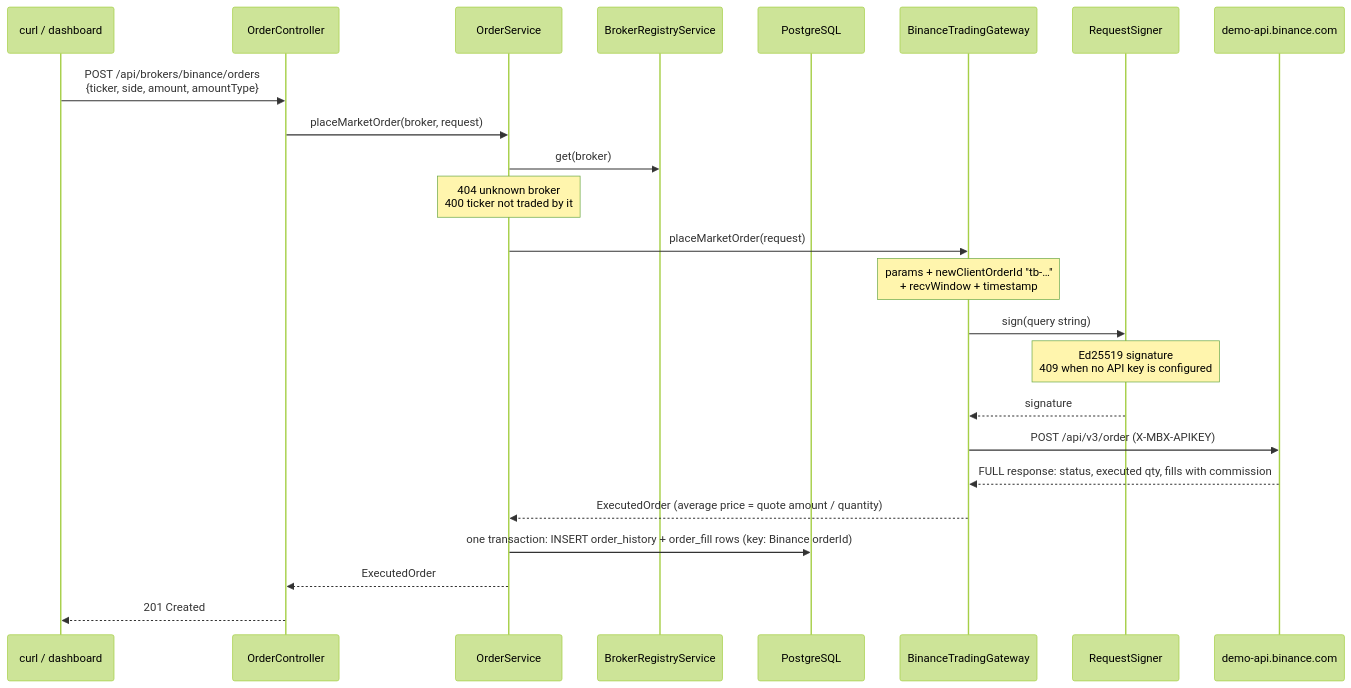
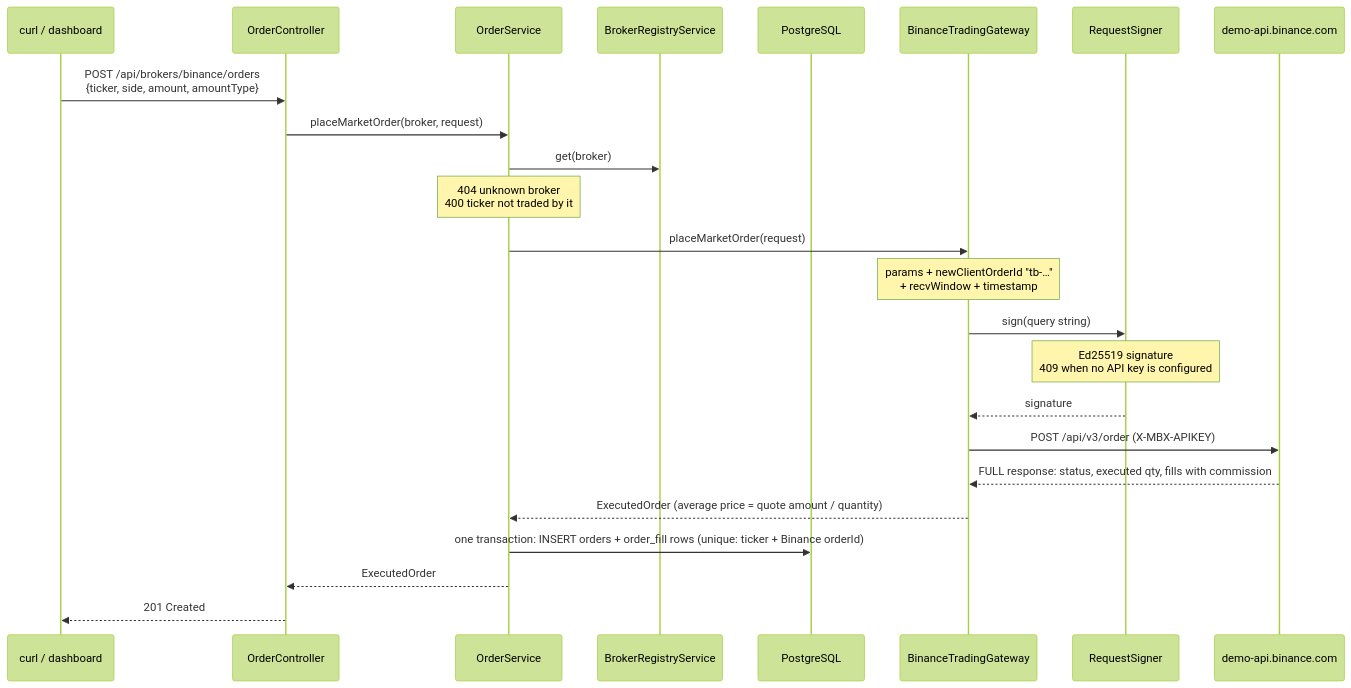
One commit to ShadowOfDiablo/t212-coding-task changed diagram 11 of 29 in docs/ARCHITECTURE.md. Above: the diagram before and after it, drawn with Mermaid (forest theme). The commit also changed other lines of this file and 52 other files, not shown here.

First line of the commit message:
Rewrite the database schema cleanly

````diff
--- a/docs/ARCHITECTURE.md
+++ b/docs/ARCHITECTURE.md
@@ -423,27 +423,27 @@
 ```mermaid
 sequenceDiagram
     participant C as curl / dashboard
     participant API as OrderController
     participant S as OrderService
     participant R as BrokerRegistryService
     participant D as PostgreSQL
     participant G as BinanceTradingGateway
     participant K as RequestSigner
     participant B as demo-api.binance.com
 
     C->>API: POST /api/brokers/binance/orders<br/>{ticker, side, amount, amountType}
     API->>S: placeMarketOrder(broker, request)
     S->>R: get(broker)
     Note over S: 404 unknown broker<br/>400 ticker not traded by it
     S->>G: placeMarketOrder(request)
     Note over G: params + newClientOrderId "tb-…"<br/>+ recvWindow + timestamp
     G->>K: sign(query string)
     Note over K: Ed25519 signature<br/>409 when no API key is configured
     K-->>G: signature
     G->>B: POST /api/v3/order (X-MBX-APIKEY)
     B-->>G: FULL response: status, executed qty, fills with commission
     G-->>S: ExecutedOrder (average price = quote amount / quantity)
-    S->>D: one transaction: INSERT order_history + order_fill rows (key: Binance orderId)
+    S->>D: one transaction: INSERT orders + order_fill rows (unique: ticker + Binance orderId)
     S-->>API: ExecutedOrder
     API-->>C: 201 Created
 ```
````
